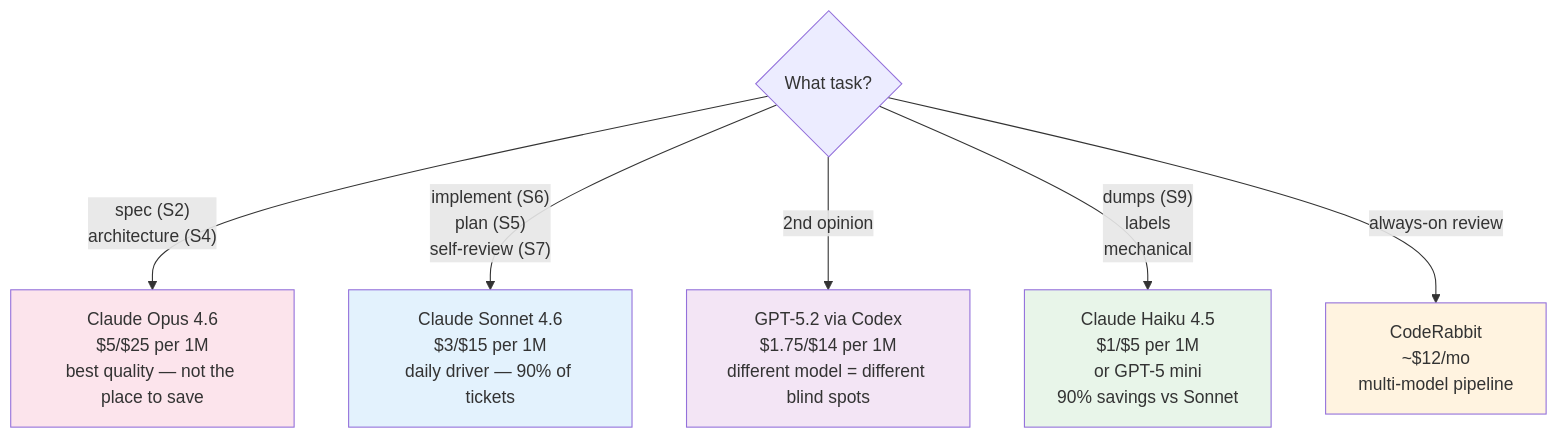
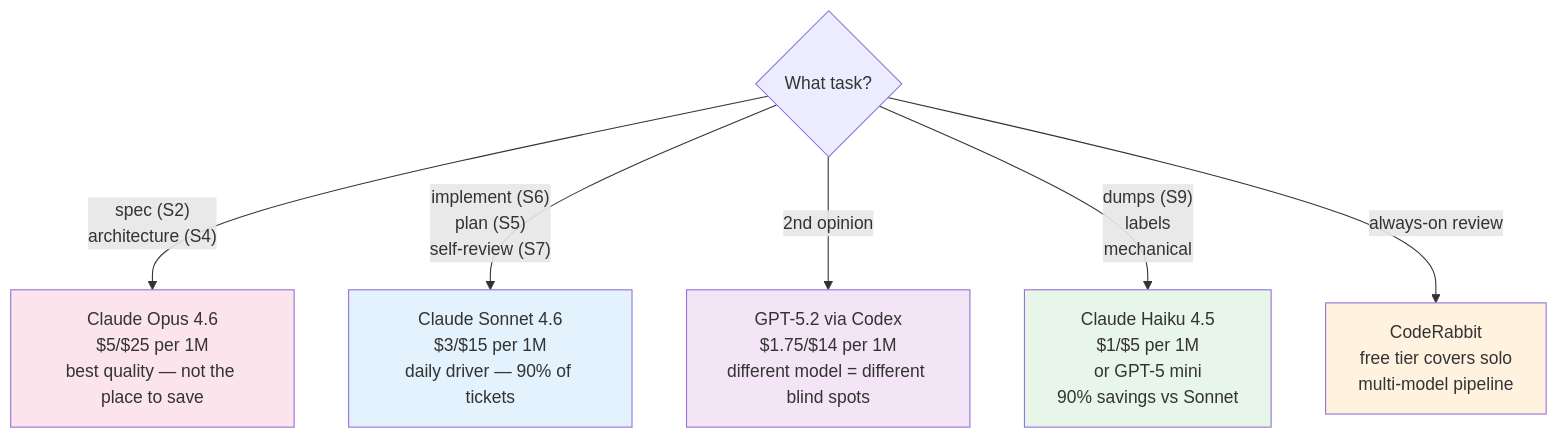
Diagram 15 of 16 in architect-os/visual-appendix.md (Devalfaz/architect-os), drawn with Mermaid before and after one commit. The commit also changed 5 other files, not shown here.

````diff
--- a/architect-os/visual-appendix.md
+++ b/architect-os/visual-appendix.md
@@ -530,16 +530,16 @@
 ```mermaid
 flowchart TD
     Q{"What task?"}
 
     Q -->|"spec (S2)<br/>architecture (S4)"| OPUS["Claude Opus 4.6<br/>$5/$25 per 1M<br/>best quality — not the place to save"]
     Q -->|"implement (S6)<br/>plan (S5)<br/>self-review (S7)"| SONNET["Claude Sonnet 4.6<br/>$3/$15 per 1M<br/>daily driver — 90% of tickets"]
     Q -->|"2nd opinion"| GPT["GPT-5.2 via Codex<br/>$1.75/$14 per 1M<br/>different model = different blind spots"]
     Q -->|"dumps (S9)<br/>labels<br/>mechanical"| HAIKU["Claude Haiku 4.5<br/>$1/$5 per 1M<br/>or GPT-5 mini<br/>90% savings vs Sonnet"]
-    Q -->|"always-on review"| CR["CodeRabbit<br/>~$12/mo<br/>multi-model pipeline"]
+    Q -->|"always-on review"| CR["CodeRabbit<br/>free tier covers solo<br/>multi-model pipeline"]
 
     style OPUS fill:#fce4ec
     style SONNET fill:#e3f2fd
     style GPT fill:#f3e5f5
     style HAIKU fill:#e8f5e9
     style CR fill:#fff3e0
 ```
````
